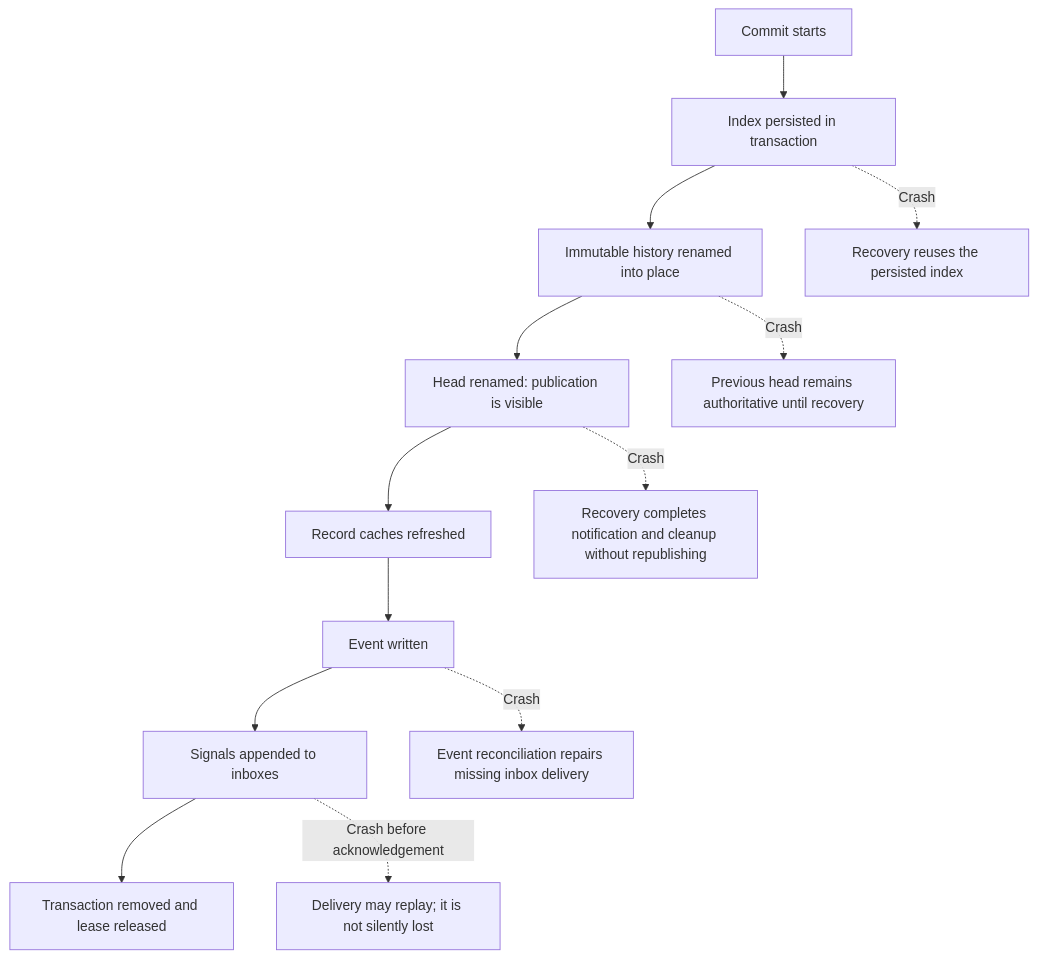
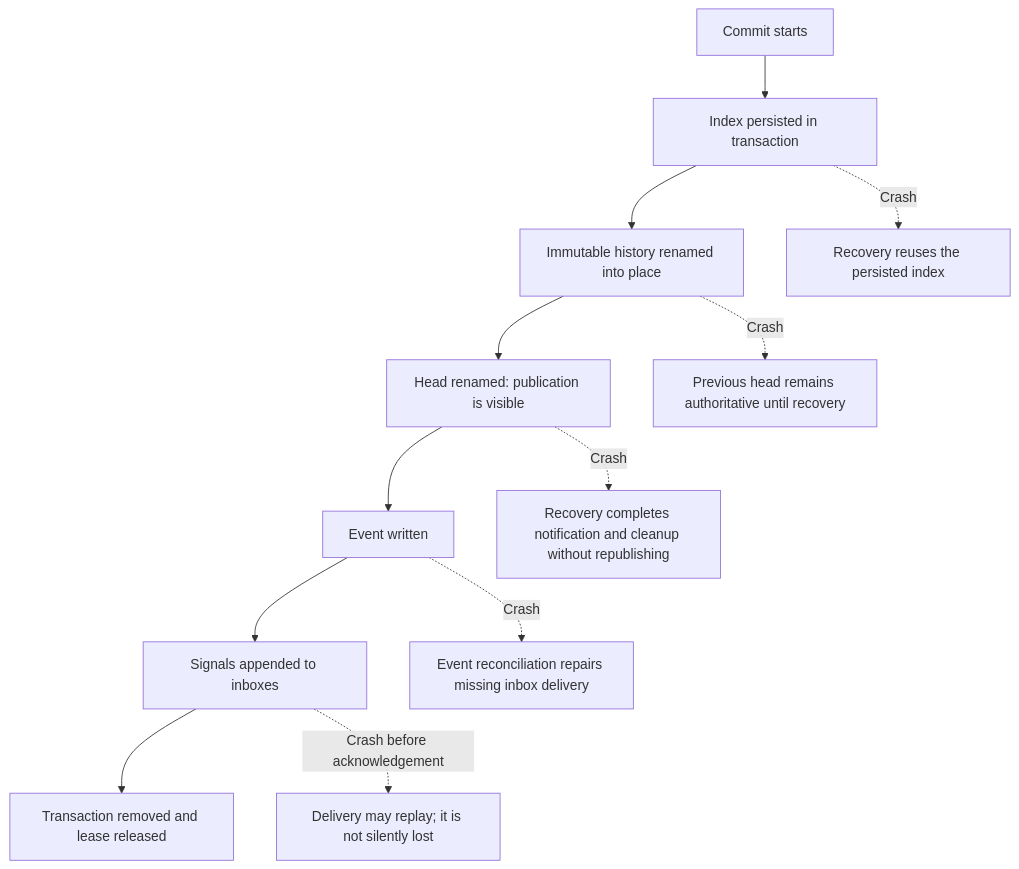
The seventh of 7 diagrams in docs/use-case.md (danlavee/Conductor), drawn with Mermaid before and after one commit. The commit also changed other lines of this file and 84 other files, not shown here.

````diff
--- a/docs/use-case.md
+++ b/docs/use-case.md
@@ -144,16 +142,15 @@
 ```mermaid
 flowchart TD
     S["Commit starts"] --> I["Index persisted in transaction"]
     I --> H["Immutable history renamed into place"]
     H --> HD["Head renamed: publication is visible"]
-    HD --> R["Record caches refreshed"]
-    R --> E["Event written"]
+    HD --> E["Event written"]
     E --> N["Signals appended to inboxes"]
     N --> C["Transaction removed and lease released"]
 
     I -. "Crash" .-> RI["Recovery reuses the persisted index"]
     H -. "Crash" .-> RH["Previous head remains authoritative until recovery"]
     HD -. "Crash" .-> RP["Recovery completes notification and cleanup without republishing"]
     E -. "Crash" .-> RN["Event reconciliation repairs missing inbox delivery"]
     N -. "Crash before acknowledgement" .-> RR["Delivery may replay; it is not silently lost"]
 ```
````
